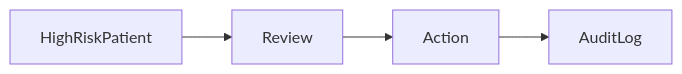
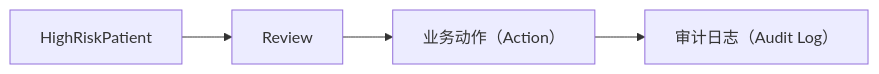
Before and after one commit to rexlin600/ontology_practice: the diagram in days/Day-06.md, drawn with Mermaid. The commit also changed other lines of this file, not shown here.

````diff
--- a/days/Day-06.md
+++ b/days/Day-06.md
@@ -16,7 +31,7 @@
 ```mermaid
 flowchart LR
   HighRiskPatient["HighRiskPatient"] --> Review["Review"]
-  Review["Review"] --> Action["Action"]
-  Action["Action"] --> AuditLog["AuditLog"]
+  Review["Review"] --> Action["业务动作（Action）"]
+  Action["业务动作（Action）"] --> AuditLog["审计日志（Audit Log）"]
 
 ```
````
